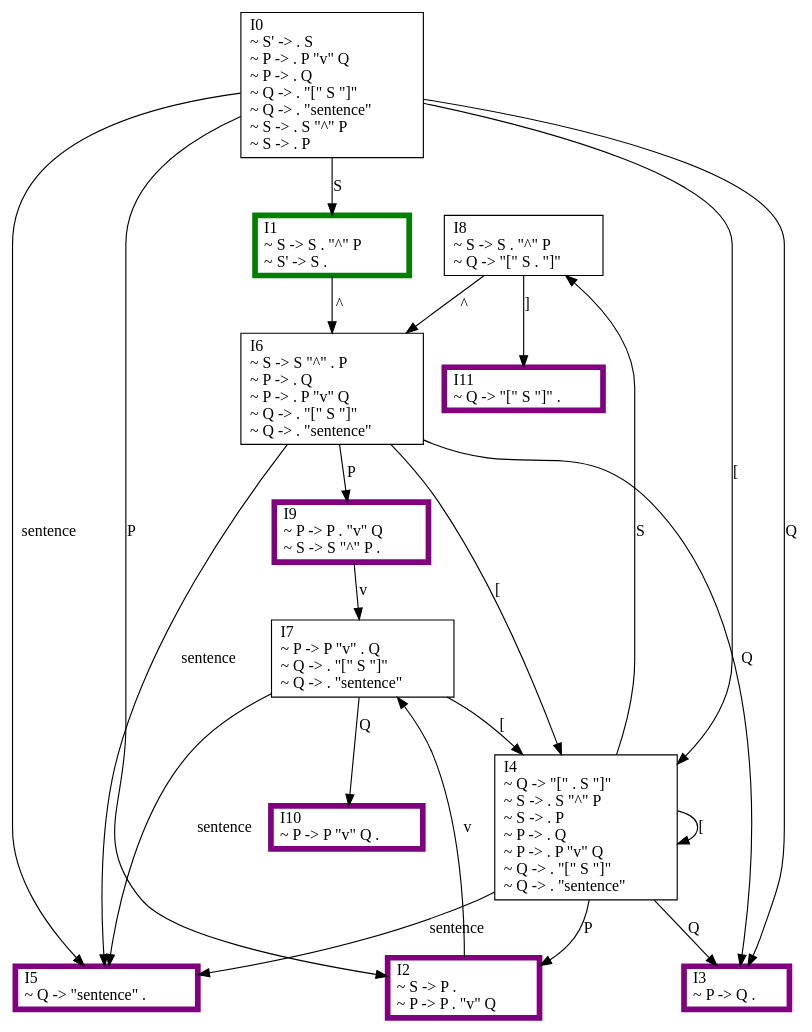
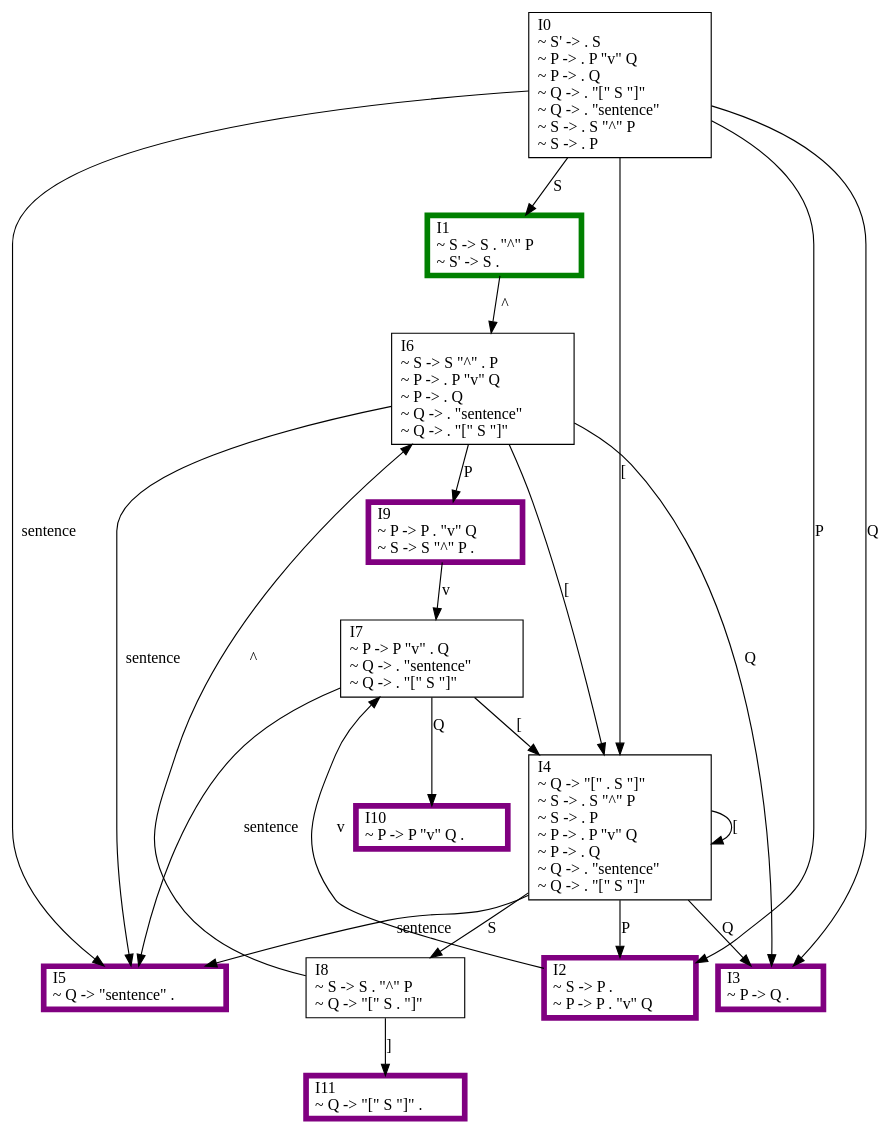
Before and after one commit to MarchMol/syntax_analyzer: the diagram in graph/slr.dot, drawn with Graphviz. The commit also changed 2 other files, not shown here.

```diff
--- a/graph/slr.dot
+++ b/graph/slr.dot
@@ -1,36 +1,36 @@
 digraph {
-    0 [ label = "I8\l~ S -> S . \"^\" P \l~ Q -> \"[\" S . \"]\" \l" shape=box]
-    1 [ label = "I0\l~ S' -> . S \l~ P -> . P \"v\" Q \l~ P -> . Q \l~ Q -> . \"[\" S \"]\" \l~ Q -> . \"sentence\" \l~ S -> . S \"^\" P \l~ S -> . P \l" shape=box]
-    2 [ label = "I7\l~ P -> P \"v\" . Q \l~ Q -> . \"[\" S \"]\" \l~ Q -> . \"sentence\" \l" shape=box]
-    3 [ label = "I9\l~ P -> P . \"v\" Q \l~ S -> S \"^\" P . \l" shape=box, color=purple, penwidth=5]
-    4 [ label = "I6\l~ S -> S \"^\" . P \l~ P -> . Q \l~ P -> . P \"v\" Q \l~ Q -> . \"[\" S \"]\" \l~ Q -> . \"sentence\" \l" shape=box]
-    5 [ label = "I1\l~ S -> S . \"^\" P \l~ S' -> S . \l" shape=box, color=green, penwidth=5]
-    6 [ label = "I4\l~ Q -> \"[\" . S \"]\" \l~ S -> . S \"^\" P \l~ S -> . P \l~ P -> . Q \l~ P -> . P \"v\" Q \l~ Q -> . \"[\" S \"]\" \l~ Q -> . \"sentence\" \l" shape=box]
+    0 [ label = "I0\l~ S' -> . S \l~ P -> . P \"v\" Q \l~ P -> . Q \l~ Q -> . \"[\" S \"]\" \l~ Q -> . \"sentence\" \l~ S -> . S \"^\" P \l~ S -> . P \l" shape=box]
+    1 [ label = "I7\l~ P -> P \"v\" . Q \l~ Q -> . \"sentence\" \l~ Q -> . \"[\" S \"]\" \l" shape=box]
+    2 [ label = "I8\l~ S -> S . \"^\" P \l~ Q -> \"[\" S . \"]\" \l" shape=box]
+    3 [ label = "I6\l~ S -> S \"^\" . P \l~ P -> . P \"v\" Q \l~ P -> . Q \l~ Q -> . \"sentence\" \l~ Q -> . \"[\" S \"]\" \l" shape=box]
+    4 [ label = "I1\l~ S -> S . \"^\" P \l~ S' -> S . \l" shape=box, color=green, penwidth=5]
+    5 [ label = "I9\l~ P -> P . \"v\" Q \l~ S -> S \"^\" P . \l" shape=box, color=purple, penwidth=5]
+    6 [ label = "I4\l~ Q -> \"[\" . S \"]\" \l~ S -> . S \"^\" P \l~ S -> . P \l~ P -> . P \"v\" Q \l~ P -> . Q \l~ Q -> . \"sentence\" \l~ Q -> . \"[\" S \"]\" \l" shape=box]
     7 [ label = "I2\l~ S -> P . \l~ P -> P . \"v\" Q \l" shape=box, color=purple, penwidth=5]
-    8 [ label = "I11\l~ Q -> \"[\" S \"]\" . \l" shape=box, color=purple, penwidth=5]
-    9 [ label = "I3\l~ P -> Q . \l" shape=box, color=purple, penwidth=5]
-    10 [ label = "I5\l~ Q -> \"sentence\" . \l" shape=box, color=purple, penwidth=5]
-    11 [ label = "I10\l~ P -> P \"v\" Q . \l" shape=box, color=purple, penwidth=5]
-    0 -> 4 [ label = "^" ]
-    0 -> 8 [ label = "]" ]
-    1 -> 5 [ label = "S" ]
-    1 -> 9 [ label = "Q" ]
-    1 -> 7 [ label = "P" ]
-    1 -> 10 [ label = "sentence" ]
+    8 [ label = "I3\l~ P -> Q . \l" shape=box, color=purple, penwidth=5]
+    9 [ label = "I5\l~ Q -> \"sentence\" . \l" shape=box, color=purple, penwidth=5]
+    10 [ label = "I10\l~ P -> P \"v\" Q . \l" shape=box, color=purple, penwidth=5]
+    11 [ label = "I11\l~ Q -> \"[\" S \"]\" . \l" shape=box, color=purple, penwidth=5]
+    0 -> 4 [ label = "S" ]
+    0 -> 7 [ label = "P" ]
+    0 -> 8 [ label = "Q" ]
+    0 -> 9 [ label = "sentence" ]
+    0 -> 6 [ label = "[" ]
     1 -> 6 [ label = "[" ]
-    2 -> 11 [ label = "Q" ]
-    2 -> 10 [ label = "sentence" ]
-    2 -> 6 [ label = "[" ]
-    3 -> 2 [ label = "v" ]
-    4 -> 6 [ label = "[" ]
-    4 -> 3 [ label = "P" ]
-    4 -> 9 [ label = "Q" ]
-    4 -> 10 [ label = "sentence" ]
-    5 -> 4 [ label = "^" ]
-    6 -> 10 [ label = "sentence" ]
-    6 -> 0 [ label = "S" ]
+    1 -> 9 [ label = "sentence" ]
+    1 -> 10 [ label = "Q" ]
+    2 -> 11 [ label = "]" ]
+    2 -> 3 [ label = "^" ]
+    3 -> 5 [ label = "P" ]
+    3 -> 8 [ label = "Q" ]
+    3 -> 9 [ label = "sentence" ]
+    3 -> 6 [ label = "[" ]
+    4 -> 3 [ label = "^" ]
+    5 -> 1 [ label = "v" ]
+    6 -> 9 [ label = "sentence" ]
     6 -> 6 [ label = "[" ]
+    6 -> 2 [ label = "S" ]
     6 -> 7 [ label = "P" ]
-    6 -> 9 [ label = "Q" ]
-    7 -> 2 [ label = "v" ]
+    6 -> 8 [ label = "Q" ]
+    7 -> 1 [ label = "v" ]
 }
```
